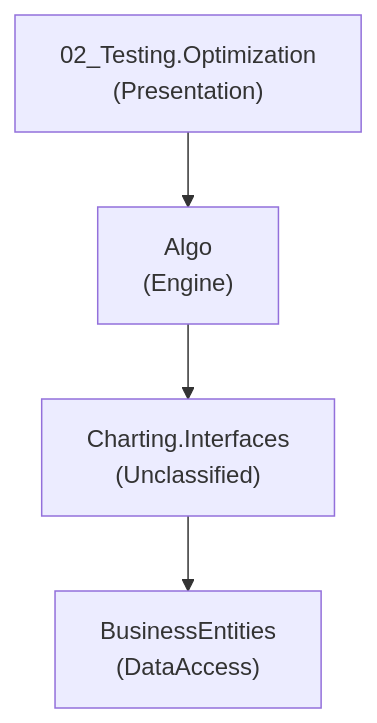
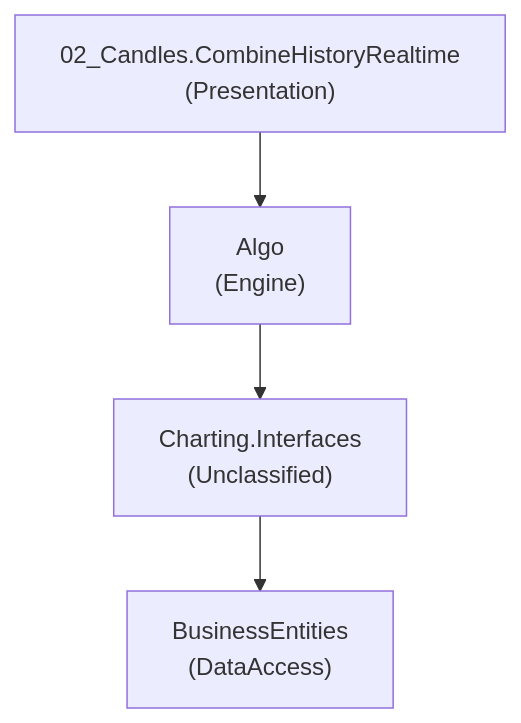
One commit to GanizaniSitara/tools-static-analysis changed the diagram in output-stocksharp/docs/diagrams/flow-path-4.mmd. Above: the diagram before and after it, drawn with Mermaid. The commit also changed 27 other files, not shown here.

```diff
--- a/output-stocksharp/docs/diagrams/flow-path-4.mmd
+++ b/output-stocksharp/docs/diagrams/flow-path-4.mmd
@@ -1,8 +1,8 @@
 graph TD
-    02_Testing_Optimization["02_Testing.Optimization\n(Presentation)"]
+    02_Candles_CombineHistoryRealtime["02_Candles.CombineHistoryRealtime\n(Presentation)"]
     Algo["Algo\n(Engine)"]
-    02_Testing_Optimization --> Algo
+    02_Candles_CombineHistoryRealtime --> Algo
     Charting_Interfaces["Charting.Interfaces\n(Unclassified)"]
     Algo --> Charting_Interfaces
     BusinessEntities["BusinessEntities\n(DataAccess)"]
     Charting_Interfaces --> BusinessEntities
```
